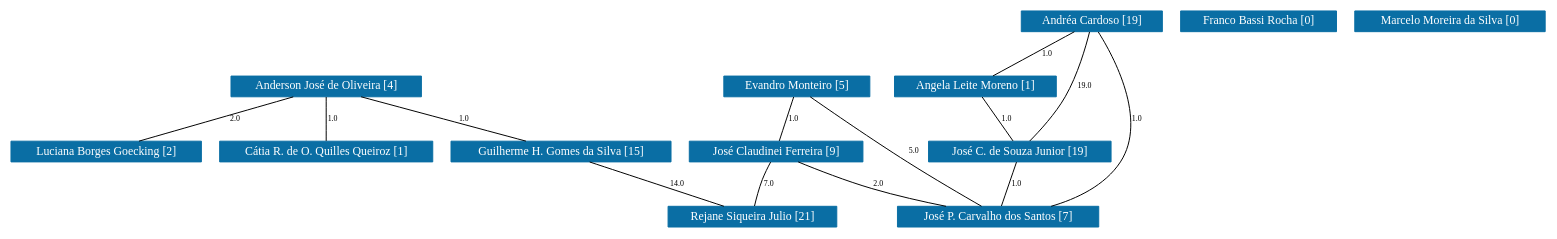
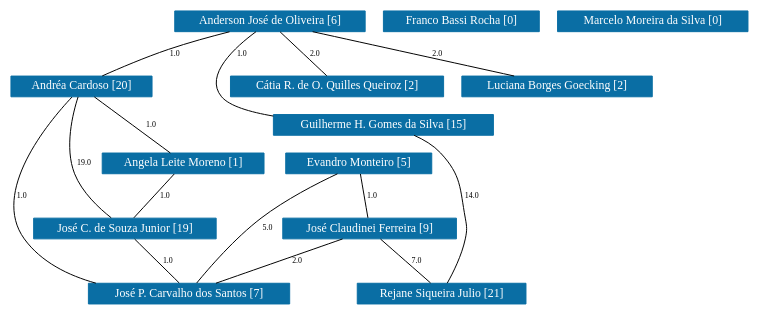
The diagram in dm/grafoDeColaboracoesComPesos.dot (icamps/unifal-lattes.github.io), drawn with Graphviz before and after one commit. The commit also changed 601 other files, not shown here.

```diff
--- a/dm/grafoDeColaboracoesComPesos.dot
+++ b/dm/grafoDeColaboracoesComPesos.dot
@@ -1,154 +1,158 @@
 strict graph grafo2 {
-	graph [bb="0,0,1297,219",
+	graph [bb="0,0,648.7,297",
 		id=grafo2,
 		overlap=False
 	];
 	node [fontsize=12,
 		label="\N",
 		shape=rectangle,
 		style=filled
 	];
 	0	 [URL="membro-1349156075777095.html",
 		color="#0A6EA4",
 		fontcolor="#FFFFFF",
 		height=0.29167,
-		label="Anderson José de Oliveira [4]",
-		pos="266,142.5",
+		label="Anderson José de Oliveira [6]",
+		pos="251.7,286.5",
 		width=2.1944];
+	1	 [URL="membro-6016565950437007.html",
+		color="#0A6EA4",
+		fontcolor="#FFFFFF",
+		height=0.29167,
+		label="Andréa Cardoso [20]",
+		pos="87.695,220.5",
+		width=1.625];
+	0 -- 1	 [fontsize=8,
+		label=1.0,
+		lp="165.7,253.5",
+		pos="212.66,275.87 196.37,271.03 177.39,264.84 160.7,258 141.58,250.16 120.7,239.17 106.18,231.12"];
 	3	 [URL="membro-0061488493893247.html",
 		color="#0A6EA4",
 		fontcolor="#FFFFFF",
 		height=0.29167,
-		label="Cátia R. de O. Quilles Queiroz [1]",
-		pos="266,76.5",
+		label="Cátia R. de O. Quilles Queiroz [2]",
+		pos="310.7,220.5",
 		width=2.4861];
 	0 -- 3	 [fontsize=8,
-		label=1.0,
-		lp="271,109.5",
-		pos="266,131.9 266,119.65 266,99.622 266,87.297"];
+		label=2.0,
+		lp="290.7,253.5",
+		pos="261.18,275.9 272.12,263.65 290.03,243.62 301.04,231.3"];
 	6	 [URL="membro-5817829882396943.html",
 		color="#0A6EA4",
 		fontcolor="#FFFFFF",
 		height=0.29167,
 		label="Guilherme H. Gomes da Silva [15]",
-		pos="465,76.5",
+		pos="342.7,181.5",
 		width=2.5417];
 	0 -- 6	 [fontsize=8,
 		label=1.0,
-		lp="382,109.5",
-		pos="297.97,131.9 335.11,119.58 396,99.383 433.11,87.078"];
+		lp="225.7,253.5",
+		pos="238.74,275.83 221.42,260.29 194.77,231.01 211.7,210 218.05,202.12 235.21,196.3 255.11,192.06"];
 	10	 [URL="membro-4139948635593421.html",
 		color="#0A6EA4",
 		fontcolor="#FFFFFF",
 		height=0.29167,
 		label="Luciana Borges Goecking [2]",
-		pos="79,76.5",
+		pos="497.7,220.5",
 		width=2.1944];
 	0 -- 10	 [fontsize=8,
 		label=2.0,
-		lp="188,109.5",
-		pos="235.96,131.9 201.06,119.58 143.83,99.383 108.97,87.078"];
+		lp="394.7,253.5",
+		pos="290.95,275.97 336.8,263.67 412.21,243.43 458.18,231.1"];
+	2	 [URL="membro-5106302431642025.html",
+		color="#0A6EA4",
+		fontcolor="#FFFFFF",
+		height=0.29167,
+		label="Angela Leite Moreno [1]",
+		pos="171.7,142.5",
+		width=1.875];
+	1 -- 2	 [fontsize=8,
+		label=1.0,
+		lp="144.7,181.5",
+		pos="99.023,209.98 115.06,195.09 144.2,168.03 160.28,153.1"];
+	7	 [URL="membro-1690570104837528.html",
+		color="#0A6EA4",
+		fontcolor="#FFFFFF",
+		height=0.29167,
+		label="José C. de Souza Junior [19]",
+		pos="117.69,76.5",
+		width=2.1111];
+	1 -- 7	 [fontsize=8,
+		label=19.0,
+		lp="87.695,142.5",
+		pos="84.395,209.88 79.688,192.99 72.477,159.14 80.695,132 85.93,114.71 98.524,97.883 107.56,87.375"];
+	9	 [URL="membro-9393213180145144.html",
+		color="#0A6EA4",
+		fontcolor="#FFFFFF",
+		height=0.29167,
+		label="José P. Carvalho dos Santos [7]",
+		pos="173.7,10.5",
+		width=2.3056];
+	1 -- 9	 [fontsize=8,
+		label=1.0,
+		lp="28.695,109.5",
+		pos="77.762,209.91 54.338,183.61 0,114.01 32.695,66 44.431,48.768 95.684,31.599 133.03,21.021"];
 	12	 [URL="membro-1798884495942862.html",
 		color="#0A6EA4",
 		fontcolor="#FFFFFF",
 		height=0.29167,
 		label="Rejane Siqueira Julio [21]",
-		pos="583,10.5",
+		pos="392.7,10.5",
 		width=1.9306];
 	6 -- 12	 [fontsize=8,
 		label=14.0,
-		lp="538,43.5",
-		pos="483.96,65.896 505.98,53.58 542.09,33.383 564.09,21.078"];
-	1	 [URL="membro-6016565950437007.html",
-		color="#0A6EA4",
-		fontcolor="#FFFFFF",
-		height=0.29167,
-		label="Andréa Cardoso [19]",
-		pos="920,208.5",
-		width=1.625];
-	2	 [URL="membro-5106302431642025.html",
-		color="#0A6EA4",
-		fontcolor="#FFFFFF",
-		height=0.29167,
-		label="Angela Leite Moreno [1]",
-		pos="816,142.5",
-		width=1.875];
-	1 -- 2	 [fontsize=8,
-		label=1.0,
-		lp="879,175.5",
-		pos="903.29,197.9 883.88,185.58 852.06,165.38 832.67,153.08"];
-	7	 [URL="membro-1690570104837528.html",
-		color="#0A6EA4",
-		fontcolor="#FFFFFF",
-		height=0.29167,
-		label="José C. de Souza Junior [19]",
-		pos="858,76.5",
-		width=2.1111];
-	1 -- 7	 [fontsize=8,
-		label=19.0,
-		lp="908,142.5",
-		pos="917.05,197.81 912.71,182.73 903.93,154.56 893,132 885.06,115.6 873.37,98.017 865.72,87.14"];
-	9	 [URL="membro-9393213180145144.html",
-		color="#0A6EA4",
-		fontcolor="#FFFFFF",
-		height=0.29167,
-		label="José P. Carvalho dos Santos [7]",
-		pos="789,10.5",
-		width=2.3056];
-	1 -- 9	 [fontsize=8,
-		label=1.0,
-		lp="960,109.5",
-		pos="926.52,197.68 940.96,172.2 972.1,107.42 943,66 930.3,47.92 876.21,31.327 835.69,21.085"];
+		lp="414.7,109.5",
+		pos="367.76,170.77 375.73,166.3 383.96,160.39 389.7,153 408.49,128.79 405.2,117.32 409.7,87 413.21,63.313 403.86,36.038 397.67,21.304"];
 	2 -- 7	 [fontsize=8,
 		label=1.0,
-		lp="844,109.5",
-		pos="822.75,131.9 830.54,119.65 843.29,99.622 851.13,87.297"];
+		lp="153.7,109.5",
+		pos="163.02,131.9 153,119.65 136.61,99.622 126.53,87.297"];
 	7 -- 9	 [fontsize=8,
 		label=1.0,
-		lp="832,43.5",
-		pos="846.91,65.896 834.11,53.653 813.17,33.622 800.29,21.297"];
+		lp="154.7,43.5",
+		pos="126.69,65.896 137.08,53.653 154.08,33.622 164.54,21.297"];
 	4	 [URL="membro-3089568911577519.html",
 		color="#0A6EA4",
 		fontcolor="#FFFFFF",
 		height=0.29167,
 		label="Evandro Monteiro [5]",
-		pos="664,142.5",
+		pos="320.7,142.5",
 		width=1.6667];
 	4 -- 9	 [fontsize=8,
 		label=5.0,
-		lp="750,76.5",
-		pos="677.37,131.84 690.54,121.08 710.95,103.72 727,87 748.19,64.922 770.06,36.317 781.3,21.107"];
+		lp="243.7,76.5",
+		pos="302.08,131.9 284.75,121.59 258.67,104.9 238.7,87 215.34,66.062 192.69,36.748 181.3,21.188"];
 	8	 [URL="membro-6808752952332925.html",
 		color="#0A6EA4",
 		fontcolor="#FFFFFF",
 		height=0.29167,
 		label="José Claudinei Ferreira [9]",
-		pos="646,76.5",
+		pos="329.7,76.5",
 		width=1.9861];
 	4 -- 8	 [fontsize=8,
 		label=1.0,
-		lp="661,109.5",
-		pos="661.11,131.9 657.77,119.65 652.31,99.622 648.94,87.297"];
+		lp="331.7,109.5",
+		pos="322.14,131.9 323.81,119.65 326.54,99.622 328.22,87.297"];
+	8 -- 9	 [fontsize=8,
+		label=2.0,
+		lp="267.7,43.5",
+		pos="306.04,65.997 288.8,58.391 264.86,47.921 243.7,39 229.31,32.935 213.17,26.35 200.02,21.04"];
 	8 -- 12	 [fontsize=8,
 		label=7.0,
-		lp="623,43.5",
-		pos="635.88,65.896 624.19,53.653 605.07,33.622 593.31,21.297"];
-	8 -- 9	 [fontsize=8,
-		label=2.0,
-		lp="731,43.5",
-		pos="668.98,65.896 695.66,53.58 739.42,33.383 766.08,21.078"];
+		lp="370.7,43.5",
+		pos="339.82,65.896 351.51,53.653 370.63,33.622 382.39,21.297"];
 	5	 [URL="membro-0165435409542220.html",
 		color="#0A6EA4",
 		fontcolor="#FFFFFF",
 		height=0.29167,
 		label="Franco Bassi Rocha [0]",
-		pos="1061,208.5",
+		pos="412.7,286.5",
 		width=1.7778];
 	11	 [URL="membro-6715092420026095.html",
 		color="#0A6EA4",
 		fontcolor="#FFFFFF",
 		height=0.29167,
 		label="Marcelo Moreira da Silva [0]",
-		pos="1220,208.5",
+		pos="571.7,286.5",
 		width=2.1389];
 }
```
